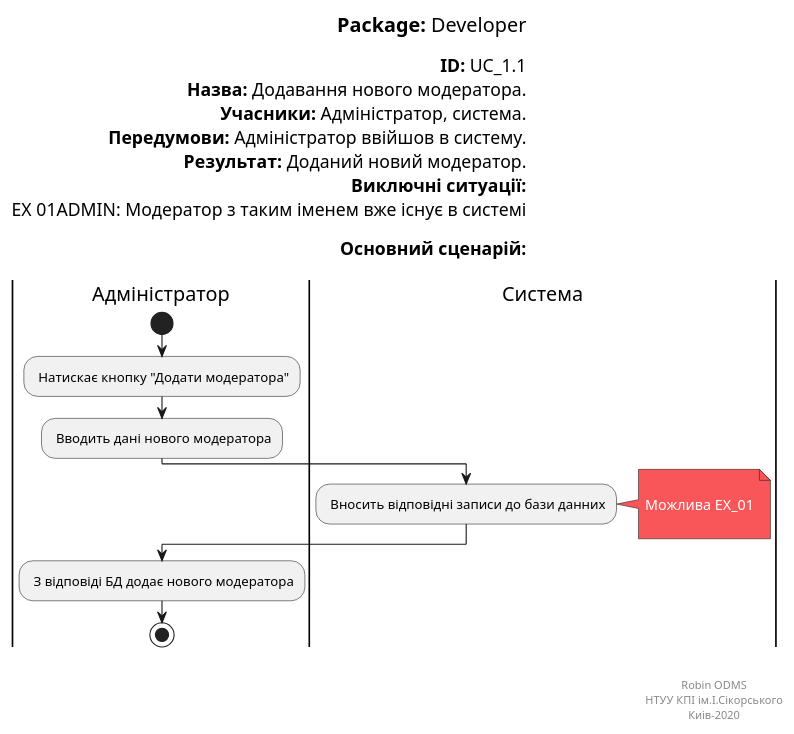
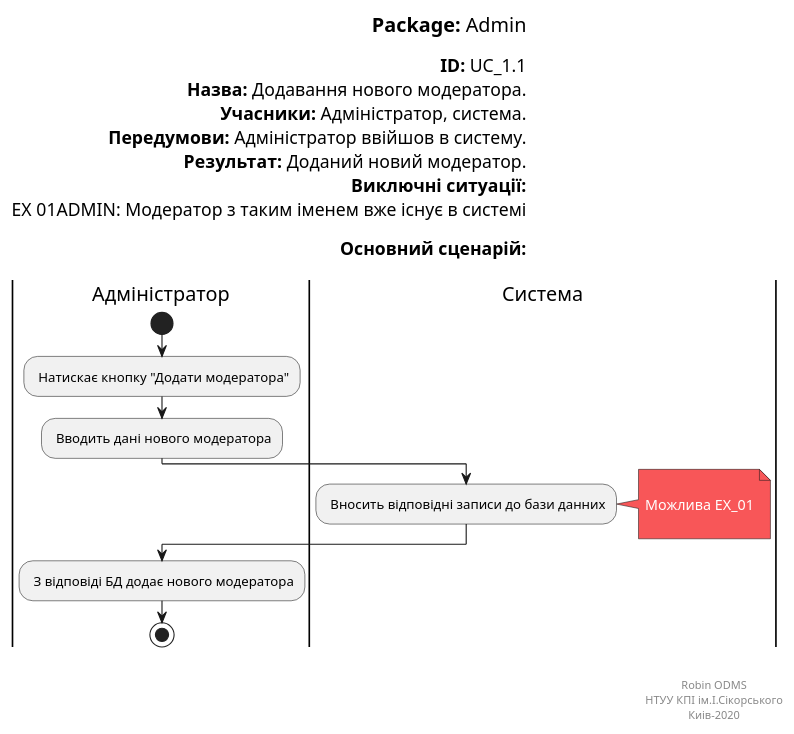
One commit to KarmazinN/db_open_data changed the diagram in src/uml/UC_1.1.puml. Above: the diagram before and after it, drawn with PlantUML.

```diff
--- a/src/uml/UC_1.1.puml
+++ b/src/uml/UC_1.1.puml
@@ -1,54 +1,54 @@
 @startuml
 skinparam ArchimateBackgroundColor #ffffff
 skinparam	shadowing false
 skinparam Note {
 	BackgroundColor #f85658
 	FontColor #ffffff
 }
 
 left header
-<font color=000 size=18><b>Package:</b> Developer
+<font color=000 size=18><b>Package:</b> Admin
 
 <font color=000 size=16><b>ID:</b> UC_1.1
 <font color=000 size=16><b>Назва:</b> Додавання нового модератора.
 <font color=000 size=16><b>Учасники:</b> Адміністратор, система.
 <font color=000 size=16><b>Передумови:</b> Адміністратор ввійшов в систему.
 <font color=000 size=16><b>Результат:</b> Доданий новий модератор.
 <font color=000 size=16><b>Виключні ситуації:</b>
 <font color=000 size=16> EX 01ADMIN: Модератор з таким іменем вже існує в системі
 
 <font color=000 size=16><b>Основний сценарій:</b>
 
 end header
 
 |Адміністратор|
 start
 : Натискає кнопку "Додати модератора";
 
 : Вводить дані нового модератора;
 
 
 |Система|
 
 : Вносить відповідні записи до бази данних;
 
 note right
 
 	Можлива EX_01
 
 end note
 
 |Адміністратор|
 
 : З відповіді БД додає нового модератора;
 
 stop;
 
 right footer
 
 
 Robin ODMS
 НТУУ КПІ ім.І.Сікорського
 Киів-2020
 end footer
 @enduml
```
